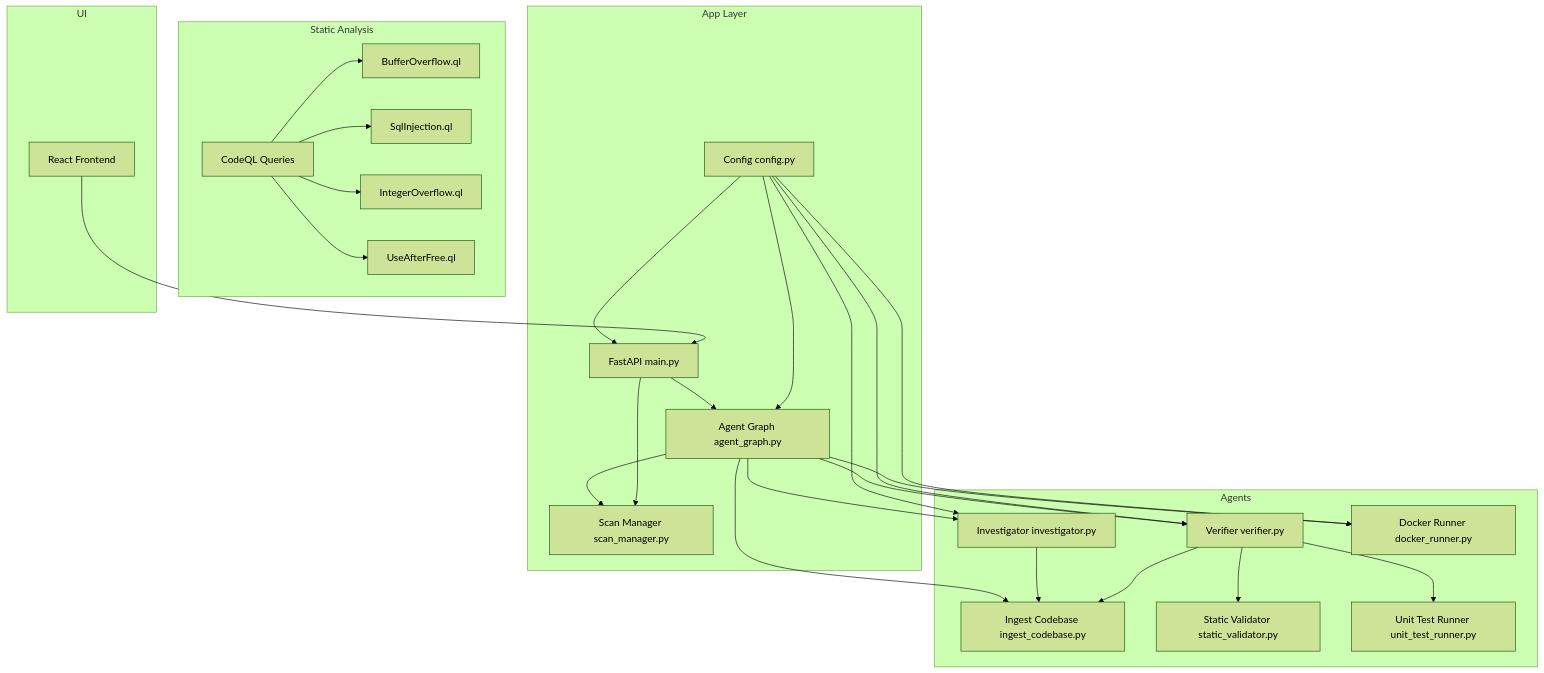
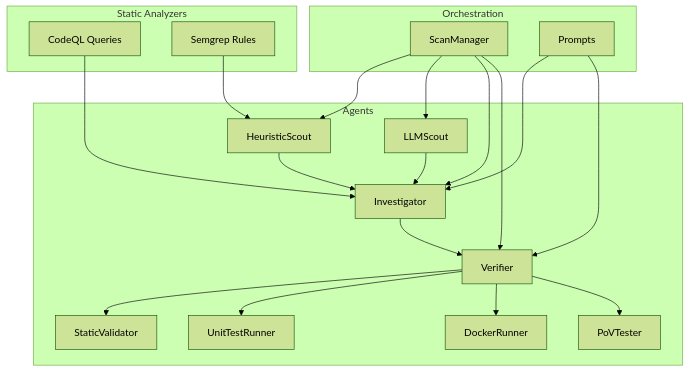
The first of 5 diagrams in .qoder/repowiki/en/content/Vulnerability Detection/Vulnerability Detection.md (keysight-anya/AutoPoV), drawn with Mermaid (forest theme) before and after one commit. The commit also changed other lines of this file and 218 other files, not shown here.

````diff
--- a/.qoder/repowiki/en/content/Vulnerability Detection/Vulnerability Detection.md
+++ b/.qoder/repowiki/en/content/Vulnerability Detection/Vulnerability Detection.md
@@ -58,48 +51,36 @@
 ```mermaid
 graph TB
-subgraph "App Layer"
-M["FastAPI main.py"]
-AG["Agent Graph agent_graph.py"]
-SM["Scan Manager scan_manager.py"]
-CFG["Config config.py"]
+subgraph "Agents"
+HS["HeuristicScout"]
+LLS["LLMScout"]
+INV["Investigator"]
+VER["Verifier"]
+SV["StaticValidator"]
+UTR["UnitTestRunner"]
+DCK["DockerRunner"]
+PVT["PoVTester"]
 end
-subgraph "Agents"
-ING["Ingest Codebase ingest_codebase.py"]
-INV["Investigator investigator.py"]
-VER["Verifier verifier.py"]
-DR["Docker Runner docker_runner.py"]
-SV["Static Validator static_validator.py"]
-UTR["Unit Test Runner unit_test_runner.py"]
+subgraph "Static Analyzers"
+CQ["CodeQL Queries"]
+SM["Semgrep Rules"]
 end
-subgraph "Static Analysis"
-CQ["CodeQL Queries"]
-BO["BufferOverflow.ql"]
-SI["SqlInjection.ql"]
-IO["IntegerOverflow.ql"]
-UAF["UseAfterFree.ql"]
+subgraph "Orchestration"
+SMGR["ScanManager"]
+PROM["Prompts"]
 end
-subgraph "UI"
-FE["React Frontend"]
-end
-M --> AG
-AG --> ING
-AG --> INV
-AG --> VER
-AG --> DR
-INV --> ING
-VER --> ING
+HS --> INV
+LLS --> INV
+INV --> VER
 VER --> SV
 VER --> UTR
-AG --> SM
-M --> SM
-CFG --> M
-CFG --> AG
-CFG --> INV
-CFG --> VER
-CFG --> DR
-CQ --> BO
-CQ --> SI
-CQ --> IO
-CQ --> UAF
-FE --> M
+VER --> DCK
+VER --> PVT
+CQ --> INV
+SM --> HS
+PROM --> INV
+PROM --> VER
+SMGR --> HS
+SMGR --> LLS
+SMGR --> INV
+SMGR --> VER
 ```
````
